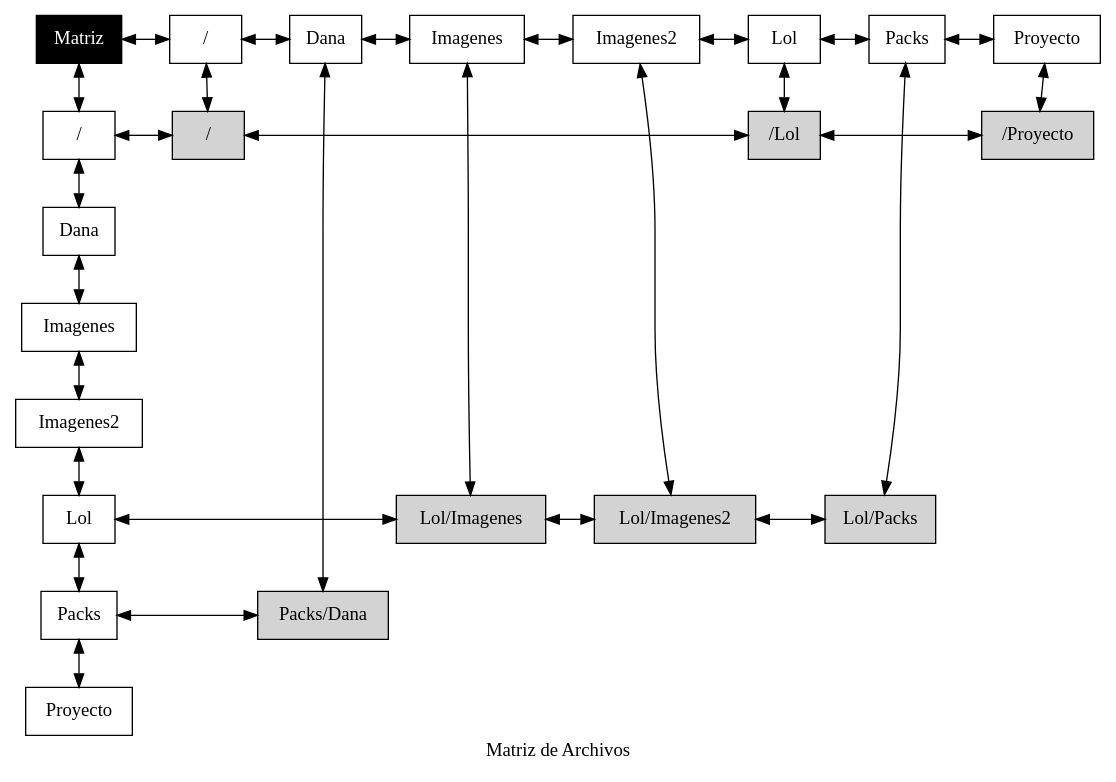
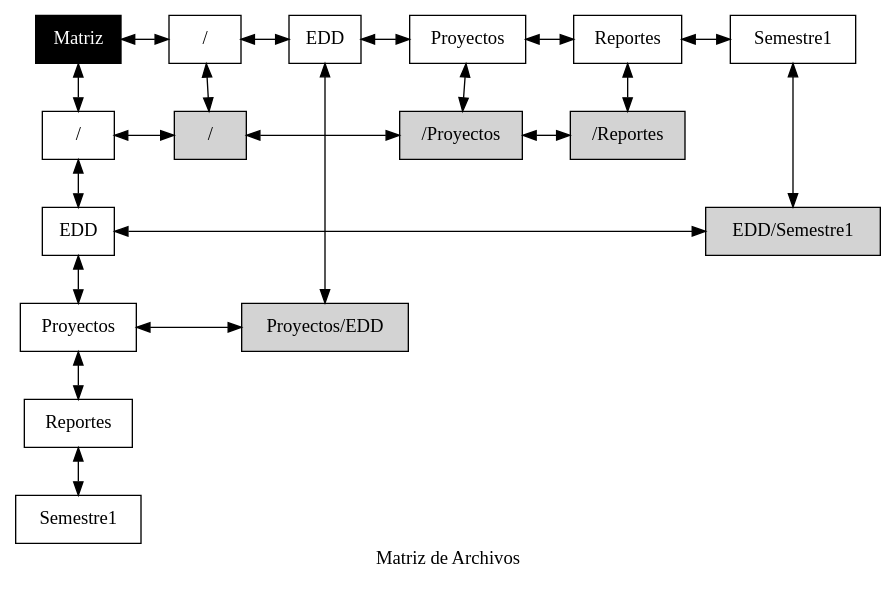
One commit to Douglas-Martinez/EDD_2S2019_PY2_201603168 changed the diagram in Proyecto2_2/build/classes/Reportes/matriz.dot. Above: the diagram before and after it, drawn with Graphviz. The commit also changed 74 other files, not shown here.

```diff
--- a/Proyecto2_2/build/classes/Reportes/matriz.dot
+++ b/Proyecto2_2/build/classes/Reportes/matriz.dot
@@ -1,74 +1,58 @@
 digraph matriz {
 
 	rankdir = TB;
 
 	node[shape = rectangle];
 
 	graph[nodesep = 0.5];
 
 	0001000[label="Matriz", style="filled", fontcolor="white", color="black"];
 
-	183264084[label="/", style="solid"];
-	476402209[label="Dana", style="solid"];
-	1490180672[label="Imagenes", style="solid"];
-	460332449[label="Imagenes2", style="solid"];
-	1919892312[label="Lol", style="solid"];
-	1143839598[label="Packs", style="solid"];
-	250075633[label="Proyecto", style="solid"];
+	2075122755[label="/", style="solid"];
+	962356381[label="EDD", style="solid"];
+	1915891733[label="Proyectos", style="solid"];
+	463878079[label="Reportes", style="solid"];
+	518958412[label="Semestre1", style="solid"];
 
-	358699161[label="/", style="solid"];
-	517938326[label="Dana", style="solid"];
-	914424520[label="Imagenes", style="solid"];
-	110718392[label="Imagenes2", style="solid"];
-	425918570[label="Lol", style="solid"];
-	2143192188[label="Packs", style="solid"];
-	1100439041[label="Proyecto", style="solid"];
+	1154239104[label="/", style="solid"];
+	664631444[label="EDD", style="solid"];
+	221030423[label="Proyectos", style="solid"];
+	1715728435[label="Reportes", style="solid"];
+	1081945649[label="Semestre1", style="solid"];
 
-	204349222[label="/", style="filled"];
-	231685785[label="/Lol", style="filled"];
-	114935352[label="/Proyecto", style="filled"];
-	2110121908[label="Lol/Imagenes", style="filled"];
-	32374789[label="Lol/Imagenes2", style="filled"];
-	1973538135[label="Lol/Packs", style="filled"];
-	1023487453[label="Packs/Dana", style="filled"];
+	216577906[label="/", style="filled"];
+	1684851432[label="/Proyectos", style="filled"];
+	500661310[label="/Reportes", style="filled"];
+	888325395[label="EDD/Semestre1", style="filled"];
+	2112399320[label="Proyectos/EDD", style="filled"];
 
-	0001000 -> 183264084[dir=both];
-	183264084 -> 476402209[dir=both];
-	476402209 -> 1490180672[dir=both];
-	1490180672 -> 460332449[dir=both];
-	460332449 -> 1919892312[dir=both];
-	1919892312 -> 1143839598[dir=both];
-	1143839598 -> 250075633[dir=both];
+	0001000 -> 2075122755[dir=both];
+	2075122755 -> 962356381[dir=both];
+	962356381 -> 1915891733[dir=both];
+	1915891733 -> 463878079[dir=both];
+	463878079 -> 518958412[dir=both];
 
-	0001000 -> 358699161[dir=both];
-	358699161 -> 517938326[dir=both];
-	517938326 -> 914424520[dir=both];
-	914424520 -> 110718392[dir=both];
-	110718392 -> 425918570[dir=both];
-	425918570 -> 2143192188[dir=both];
-	2143192188 -> 1100439041[dir=both];
+	0001000 -> 1154239104[dir=both];
+	1154239104 -> 664631444[dir=both];
+	664631444 -> 221030423[dir=both];
+	221030423 -> 1715728435[dir=both];
+	1715728435 -> 1081945649[dir=both];
 
-	183264084 -> 204349222[dir=both];
-	476402209 -> 1023487453[dir=both];
-	1490180672 -> 2110121908[dir=both];
-	460332449 -> 32374789[dir=both];
-	1919892312 -> 231685785[dir=both];
-	1143839598 -> 1973538135[dir=both];
-	250075633 -> 114935352[dir=both];
+	2075122755 -> 216577906[dir=both];
+	962356381 -> 2112399320[dir=both];
+	1915891733 -> 1684851432[dir=both];
+	463878079 -> 500661310[dir=both];
+	518958412 -> 888325395[dir=both];
 
-	358699161 -> 204349222[constraint=false, dir=both];
-	204349222 -> 231685785[contraint=false, dir=both];
-	231685785 -> 114935352[contraint=false, dir=both];
-	425918570 -> 2110121908[constraint=false, dir=both];
-	2110121908 -> 32374789[contraint=false, dir=both];
-	32374789 -> 1973538135[contraint=false, dir=both];
-	2143192188 -> 1023487453[constraint=false, dir=both];
-	{ rank=same; 0001000; 183264084; 476402209; 1490180672; 460332449; 1919892312; 1143839598; 250075633;  }
-	{ rank=same; 358699161; 204349222; 231685785; 114935352; }
-	{ rank=same; 517938326; }
-	{ rank=same; 914424520; }
-	{ rank=same; 110718392; }
-	{ rank=same; 425918570; 2110121908; 32374789; 1973538135; }
-	{ rank=same; 2143192188; 1023487453; }
-	{ rank=same; 1100439041; }
+	1154239104 -> 216577906[constraint=false, dir=both];
+	216577906 -> 1684851432[contraint=false, dir=both];
+	1684851432 -> 500661310[contraint=false, dir=both];
+	664631444 -> 888325395[constraint=false, dir=both];
+	221030423 -> 2112399320[constraint=false, dir=both];
+	{ rank=same; 0001000; 2075122755; 962356381; 1915891733; 463878079; 518958412;  }
+	{ rank=same; 1154239104; 216577906; 1684851432; 500661310; }
+	{ rank=same; 664631444; 888325395; }
+	{ rank=same; 221030423; 2112399320; }
+	{ rank=same; 1715728435; }
+	{ rank=same; 1081945649; }
 	label = "Matriz de Archivos"}
```
